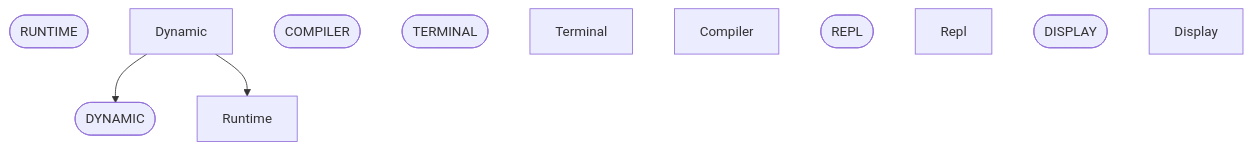
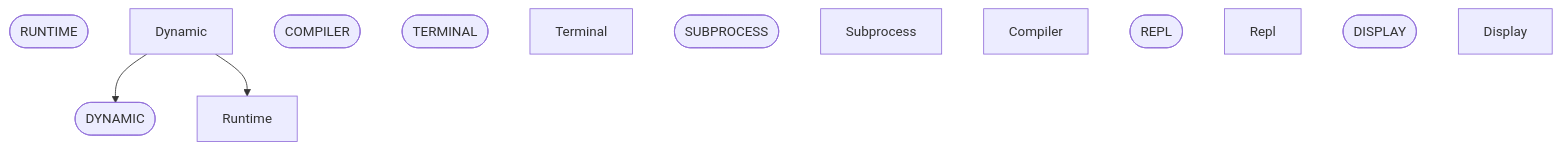
One commit to ruudkoot/rune changed the ninth of 9 diagrams in docs/generated/basis/depends.md. Above: the diagram before and after it, drawn with Mermaid. The commit also changed other lines of this file and 49 other files, not shown here.

````diff
--- a/docs/generated/basis/depends.md
+++ b/docs/generated/basis/depends.md
@@ -433,17 +433,19 @@
 ```mermaid
 flowchart TD
   n86(["RUNTIME"])
   n87["Runtime"]
   n88(["DYNAMIC"])
   n89["Dynamic"]
   n90(["COMPILER"])
   n91(["TERMINAL"])
   n92["Terminal"]
-  n93["Compiler"]
-  n94(["REPL"])
-  n95["Repl"]
-  n96(["DISPLAY"])
-  n97["Display"]
+  n93(["SUBPROCESS"])
+  n94["Subprocess"]
+  n95["Compiler"]
+  n96(["REPL"])
+  n97["Repl"]
+  n98(["DISPLAY"])
+  n99["Display"]
   n89 --> n88
   n89 --> n87
 ```
````
